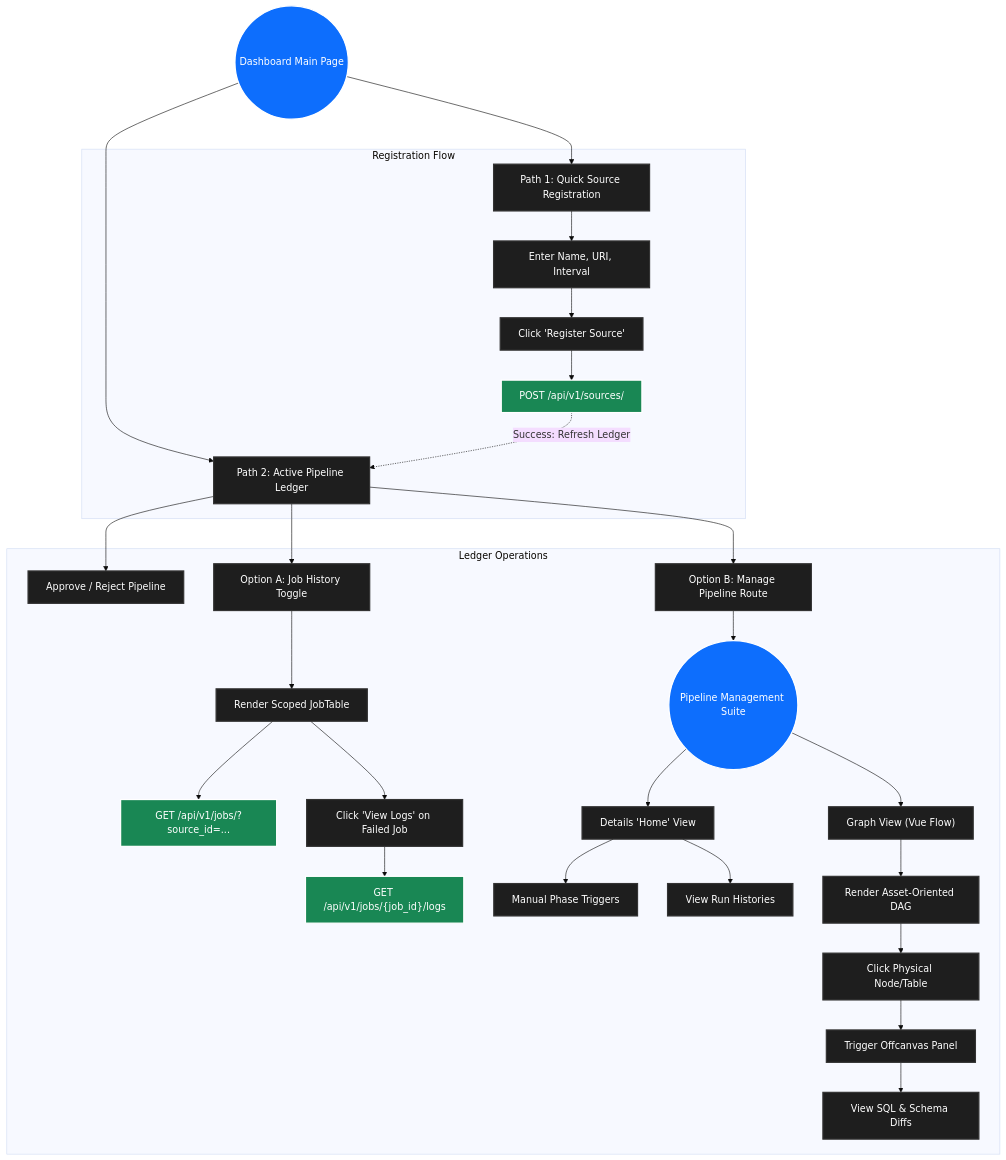
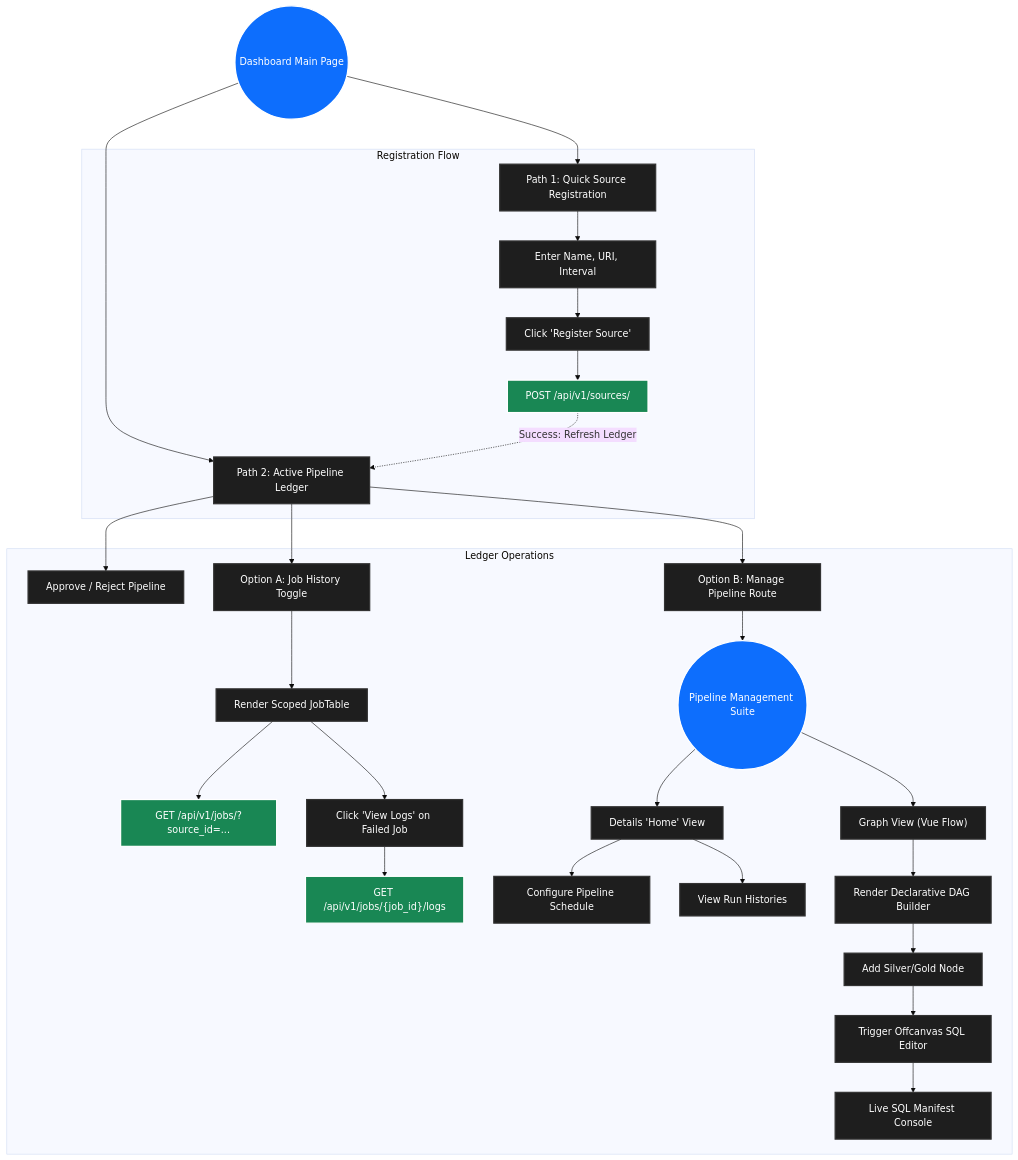
Before and after one commit to mnaatjes/elite-etl: the diagram in docs/explanation/pipeline-management/01-overview-and-user-flow.md, drawn with Mermaid (base theme). The commit also changed other lines of this file and 3 other files, not shown here.

Commit message:
defining GraphView

````diff
--- a/docs/explanation/pipeline-management/01-overview-and-user-flow.md
+++ b/docs/explanation/pipeline-management/01-overview-and-user-flow.md
@@ -42,79 +42,79 @@
 ```mermaid
 graph TD
     %% Entry Point
     Dashboard((Dashboard Main Page))
     
     %% Paths
     Path1[Path 1: Quick Source Registration]
     Path2[Path 2: Active Pipeline Ledger]
     
     Dashboard --> Path1
     Dashboard --> Path2
     
     %% Path 1 Flow
     subgraph Registration Flow
         EnterDetails["Enter Name, URI, Interval"]
         ClickRegister["Click 'Register Source'"]
         API_POST_Source["POST /api/v1/sources/"]
         
         Path1 --> EnterDetails
         EnterDetails --> ClickRegister
         ClickRegister --> API_POST_Source
         API_POST_Source -. "Success: Refresh Ledger" .-> Path2
     end
     
     %% Path 2 Flow
     subgraph Ledger Operations
         HitL[Approve / Reject Pipeline]
         OptionA[Option A: Job History Toggle]
         OptionB[Option B: Manage Pipeline Route]
         
         Path2 --> HitL
         Path2 --> OptionA
         Path2 --> OptionB
         
         %% Option A: Job History
         API_GET_Jobs["GET /api/v1/jobs/?source_id=..."]
         Accordion["Render Scoped JobTable"]
         ViewLogs["Click 'View Logs' on Failed Job"]
         API_GET_Logs["GET /api/v1/jobs/{job_id}/logs"]
         
         OptionA --> Accordion
         Accordion --> API_GET_Jobs
         Accordion --> ViewLogs
         ViewLogs --> API_GET_Logs
         
         %% Option B: Manage Pipeline
         PipelineView((Pipeline Management Suite))
         DetailsView["Details 'Home' View"]
         GraphView["Graph View (Vue Flow)"]
         
         OptionB --> PipelineView
         PipelineView --> DetailsView
         PipelineView --> GraphView
         
         %% Details View Actions
-        TriggerPhases["Manual Phase Triggers"]
+        SchedulePipeline["Configure Pipeline Schedule"]
         RunHistory["View Run Histories"]
-        DetailsView --> TriggerPhases
+        DetailsView --> SchedulePipeline
         DetailsView --> RunHistory
         
         %% Graph View Actions
-        RenderDAG["Render Asset-Oriented DAG"]
-        ClickNode["Click Physical Node/Table"]
-        Offcanvas["Trigger Offcanvas Panel"]
-        ViewSchema["View SQL & Schema Diffs"]
+        RenderDAG["Render Declarative DAG Builder"]
+        AddNode["Add Silver/Gold Node"]
+        Offcanvas["Trigger Offcanvas SQL Editor"]
+        ViewConsole["Live SQL Manifest Console"]
         
         GraphView --> RenderDAG
-        RenderDAG --> ClickNode
-        ClickNode --> Offcanvas
-        Offcanvas --> ViewSchema
+        RenderDAG --> AddNode
+        AddNode --> Offcanvas
+        Offcanvas --> ViewConsole
     end
     
     classDef default fill:#1e1e1e,stroke:#333,stroke-width:2px,color:#fff;
     classDef primary fill:#0d6efd,stroke:#fff,color:#fff;
     classDef success fill:#198754,stroke:#fff,color:#fff;
     
     class Dashboard,PipelineView primary;
     class API_POST_Source,API_GET_Jobs,API_GET_Logs success;
 ```
````
